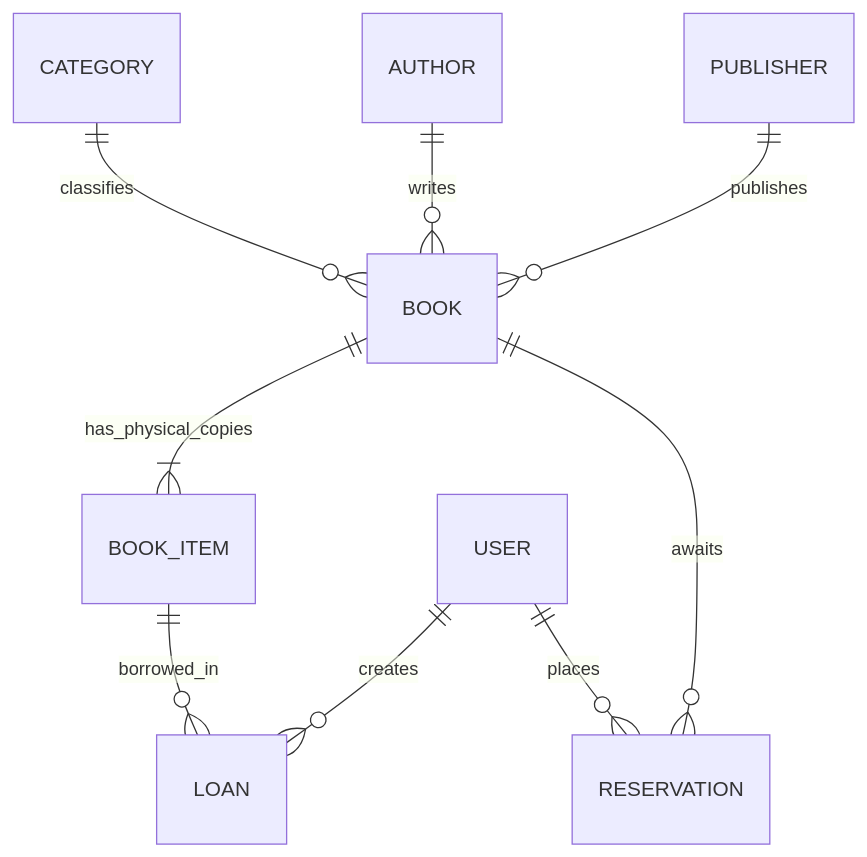
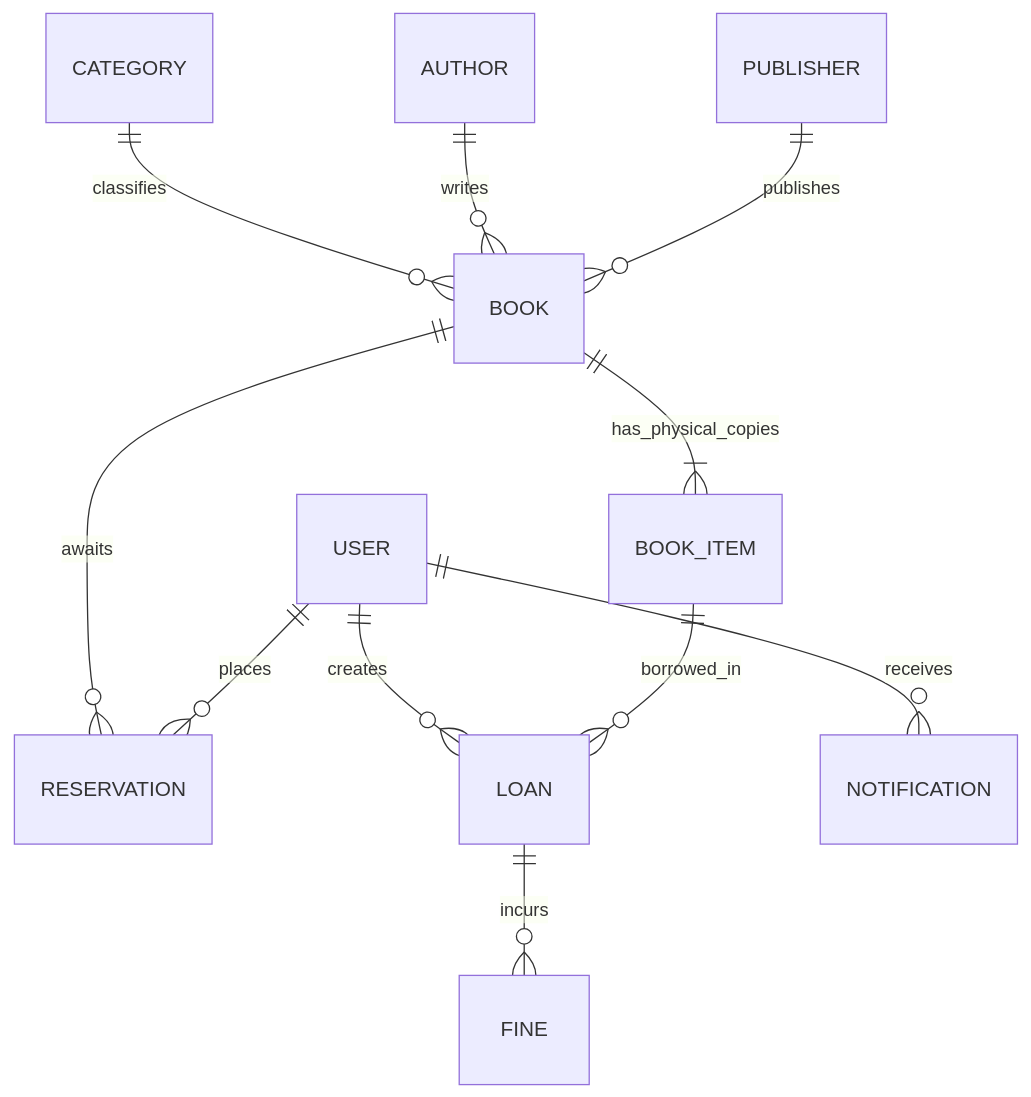
Before and after one commit to nguyenbathuy/library-management-system: the second of 2 diagrams in README.md, drawn with Mermaid. The commit also changed other lines of this file and 10 other files, not shown here.

````diff
--- a/README.md
+++ b/README.md
@@ -94,11 +190,13 @@
 ```mermaid
 erDiagram
     CATEGORY ||--o{ BOOK : classifies
     AUTHOR ||--o{ BOOK : writes
     PUBLISHER ||--o{ BOOK : publishes
     BOOK ||--|{ BOOK_ITEM : has_physical_copies
     BOOK ||--o{ RESERVATION : awaits
     USER ||--o{ LOAN : creates
     BOOK_ITEM ||--o{ LOAN : borrowed_in
     USER ||--o{ RESERVATION : places
+    USER ||--o{ NOTIFICATION : receives
+    LOAN ||--o{ FINE : incurs
 ```
````
